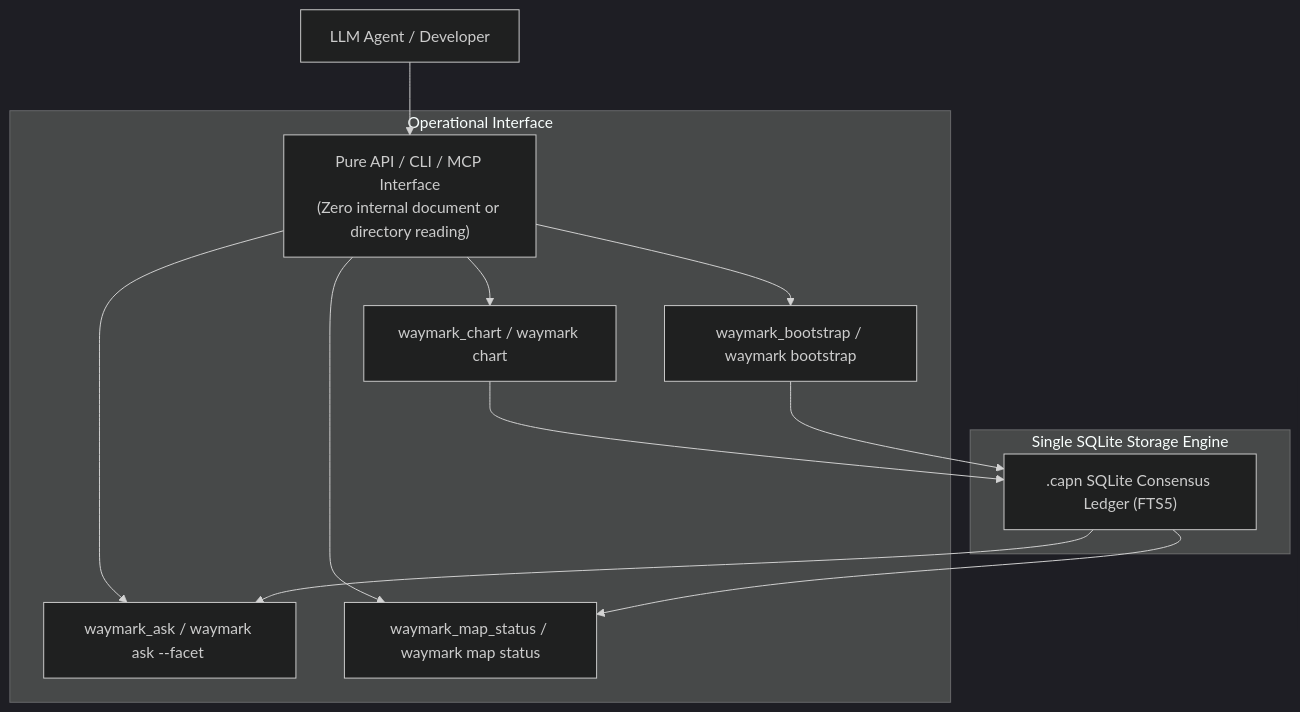
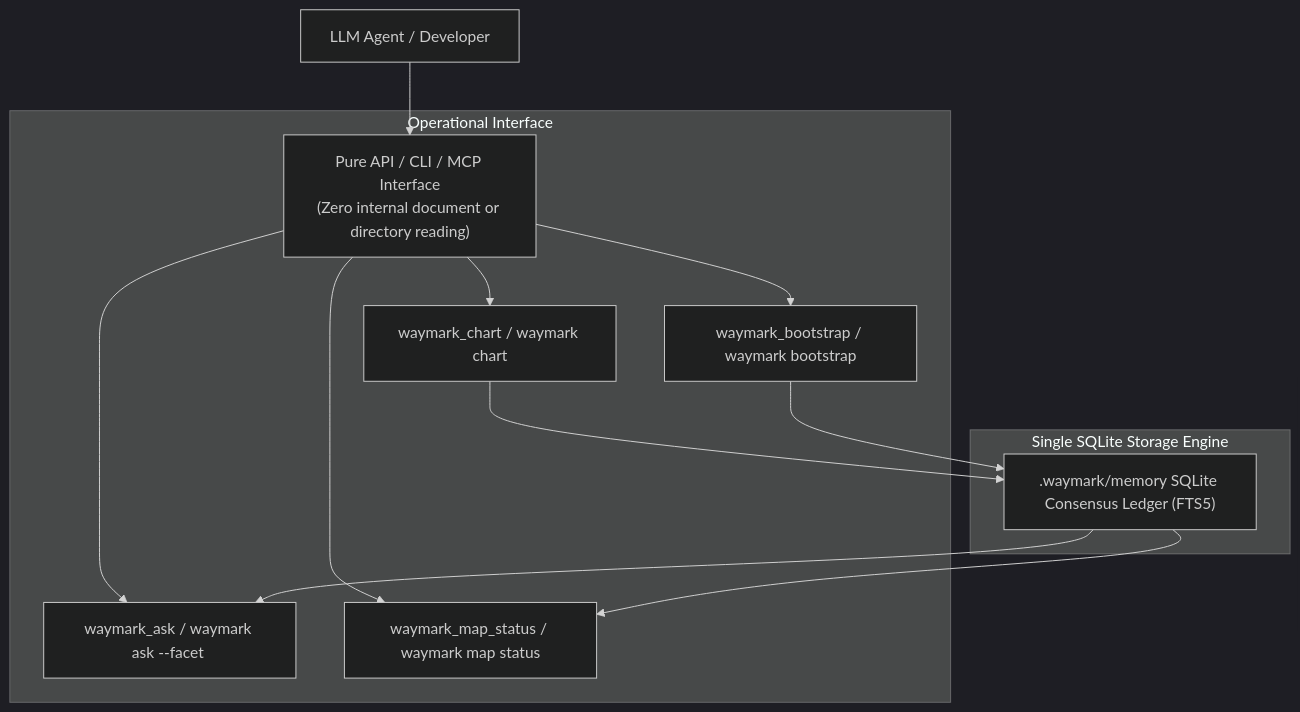
The diagram in spec/semantic-repo-map.md (paragon-ux/waymark-engine), drawn with Mermaid (dark theme) before and after one commit. The commit also changed other lines of this file and 38 other files, not shown here.

First line of the commit message:
feat(memory)!: move Waymark state and memory store out of .capn into .waymark

````diff
--- a/spec/semantic-repo-map.md
+++ b/spec/semantic-repo-map.md
@@ -97,18 +97,18 @@
 ```mermaid
 flowchart TD
     Agent["LLM Agent / Developer"] --> Interface["Pure API / CLI / MCP Interface<br>(Zero internal document or directory reading)"]
     
     subgraph Operational Interface
         Interface --> ToolAsk["waymark_ask / waymark ask --facet <f>"]
         Interface --> ToolChart["waymark_chart / waymark chart"]
         Interface --> ToolBootstrap["waymark_bootstrap / waymark bootstrap"]
         Interface --> ToolStatus["waymark_map_status / waymark map status"]
     end
     
     subgraph Single SQLite Storage Engine
-        ToolChart --> SQLite[".capn SQLite Consensus Ledger (FTS5)"]
+        ToolChart --> SQLite[".waymark/memory SQLite Consensus Ledger (FTS5)"]
         ToolBootstrap --> SQLite
         SQLite --> ToolAsk
         SQLite --> ToolStatus
     end
 ```
````
